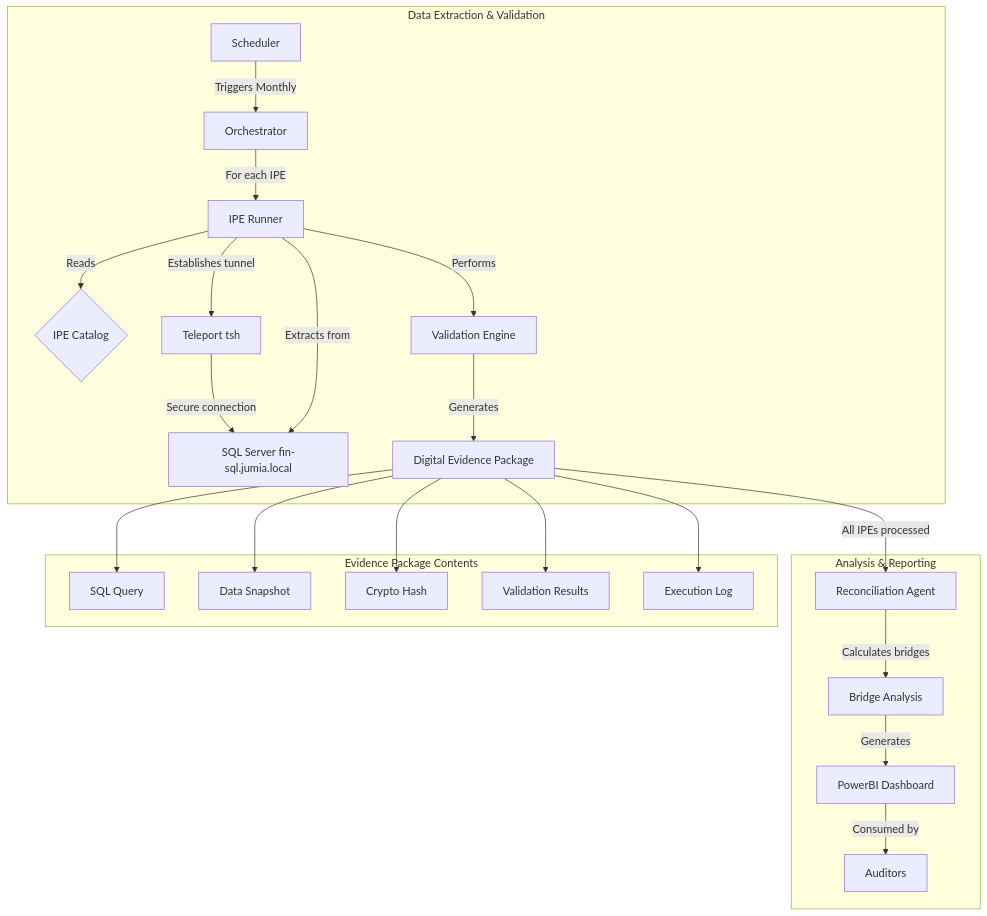
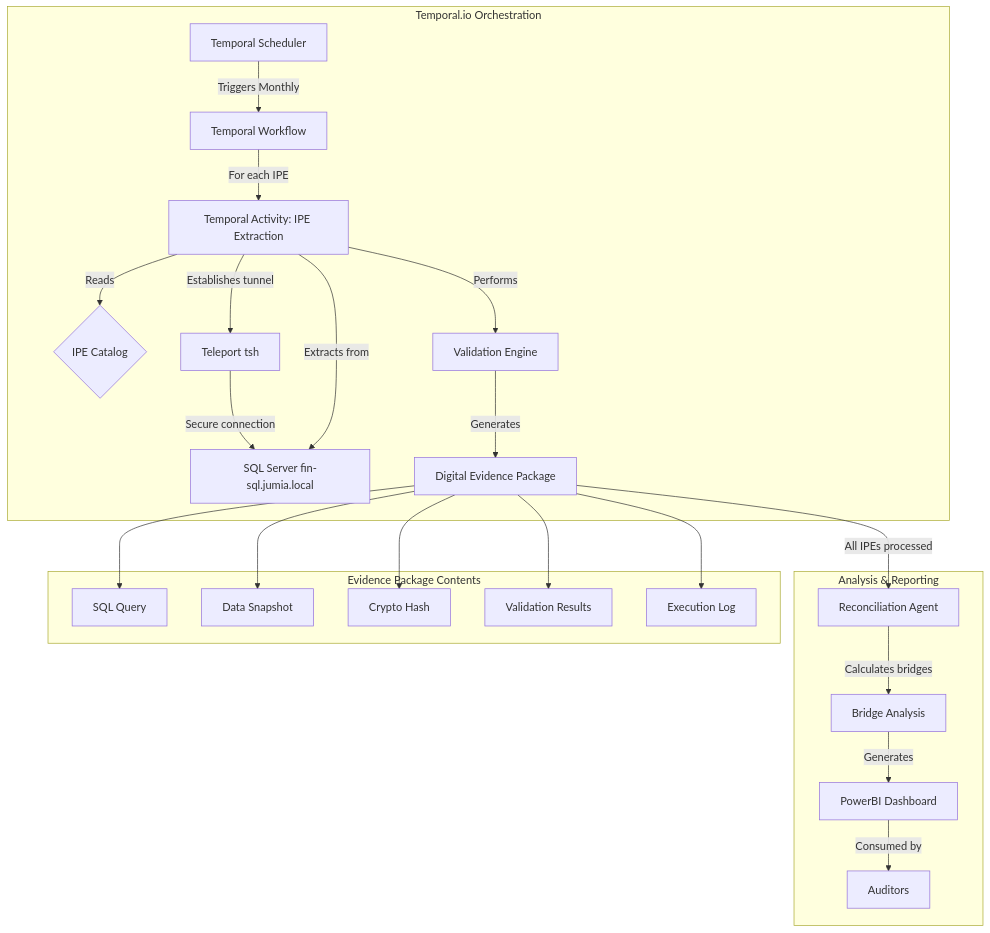
Before and after one commit to gvern/SOXauto: the diagram in README.md, drawn with Mermaid. The commit also changed other lines of this file and 2 other files, not shown here.

Commit message:
docs: Update README, DATA_ARCHITECTURE, and deployment guide for Temporal.io orchestration

````diff
--- a/README.md
+++ b/README.md
@@ -72,28 +72,28 @@
 ```mermaid
 graph TD
-    subgraph "Data Extraction & Validation"
-        A[Scheduler] -- Triggers Monthly --> B[Orchestrator]
-        B -- For each IPE --> C[IPE Runner]
+    subgraph "Temporal.io Orchestration"
+        A[Temporal Scheduler] -- Triggers Monthly --> B[Temporal Workflow]
+        B -- For each IPE --> C[Temporal Activity: IPE Extraction]
         C -- Reads --> D{IPE Catalog}
         C -- Establishes tunnel --> E[Teleport tsh]
         E -- Secure connection --> F[SQL Server fin-sql.jumia.local]
         C -- Extracts from --> F
         C -- Performs --> G[Validation Engine]
         G -- Generates --> H[Digital Evidence Package]
     end
 
     subgraph "Analysis & Reporting"
         H -- All IPEs processed --> K[Reconciliation Agent]
         K -- Calculates bridges --> L[Bridge Analysis]
         L -- Generates --> M[PowerBI Dashboard]
         M -- Consumed by --> N[Auditors]
     end
     
     subgraph "Evidence Package Contents"
         H --> O[SQL Query]
         H --> P[Data Snapshot]
         H --> Q[Crypto Hash]
         H --> R[Validation Results]
         H --> S[Execution Log]
     end
 ```
````
